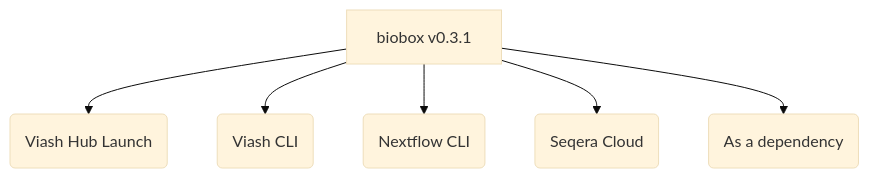
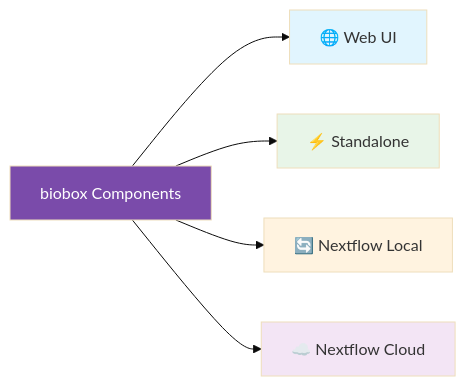
One commit to viash-hub/biobox changed the diagram in README.md. Above: the diagram before and after it, drawn with Mermaid (base theme). The commit also changed other lines of this file and 9 other files, not shown here.

````diff
--- a/README.md
+++ b/README.md
@@ -41,8 +60,13 @@
-``` mermaid lang="mermaid"
-flowchart TD
-    A[biobox v0.3.1] --> B(Viash Hub Launch)
-    A --> C(Viash CLI)
-    A --> D(Nextflow CLI)
-    A --> E(Seqera Cloud)
-    A --> F(As a dependency)
+``` mermaid
+flowchart LR
+    A[biobox Components] --> B[🌐 Web UI]
+    A --> C[⚡ Standalone]
+    A --> D[🔄 Nextflow Local]
+    A --> E[☁️ Nextflow Cloud]
+    
+    style A fill:#7a4baa,color:#fff
+    style B fill:#e1f5fe
+    style C fill:#e8f5e8
+    style D fill:#fff3e0
+    style E fill:#f3e5f5
 ```
````
